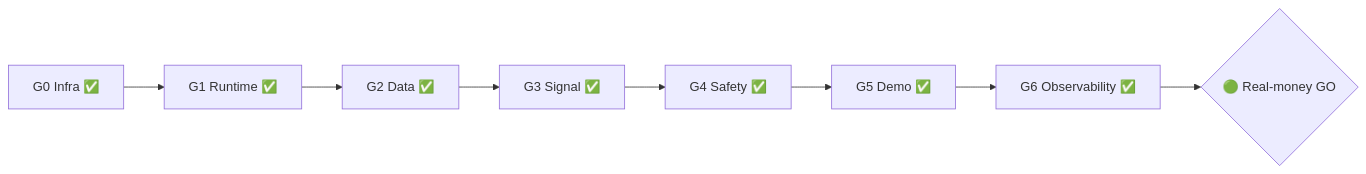
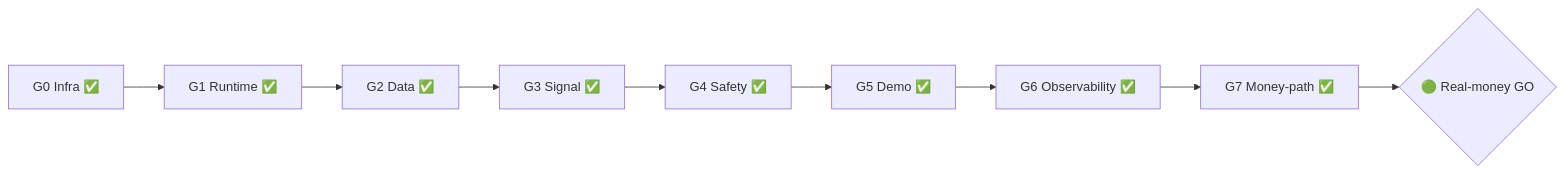
The diagram in docs/mission-control/release-gates.md (newvogue-labs/clay), drawn with Mermaid before and after one commit. The commit also changed other lines of this file, not shown here.

First line of the commit message:
docs(mission-control): add G7 money-path gate to release checklist (D-45) (#150)

````diff
--- a/docs/mission-control/release-gates.md
+++ b/docs/mission-control/release-gates.md
@@ -22,4 +23,4 @@
 ```mermaid
 flowchart LR
-G0["G0 Infra ✅"] --> G1["G1 Runtime ✅"] --> G2["G2 Data ✅"] --> G3["G3 Signal ✅"] --> G4["G4 Safety ✅"] --> G5["G5 Demo ✅"] --> G6["G6 Observability ✅"] --> GO{"🟢 Real-money GO"}
+G0["G0 Infra ✅"] --> G1["G1 Runtime ✅"] --> G2["G2 Data ✅"] --> G3["G3 Signal ✅"] --> G4["G4 Safety ✅"] --> G5["G5 Demo ✅"] --> G6["G6 Observability ✅"] --> G7["G7 Money-path ✅"] --> GO{"🟢 Real-money GO"}
 ```
````
